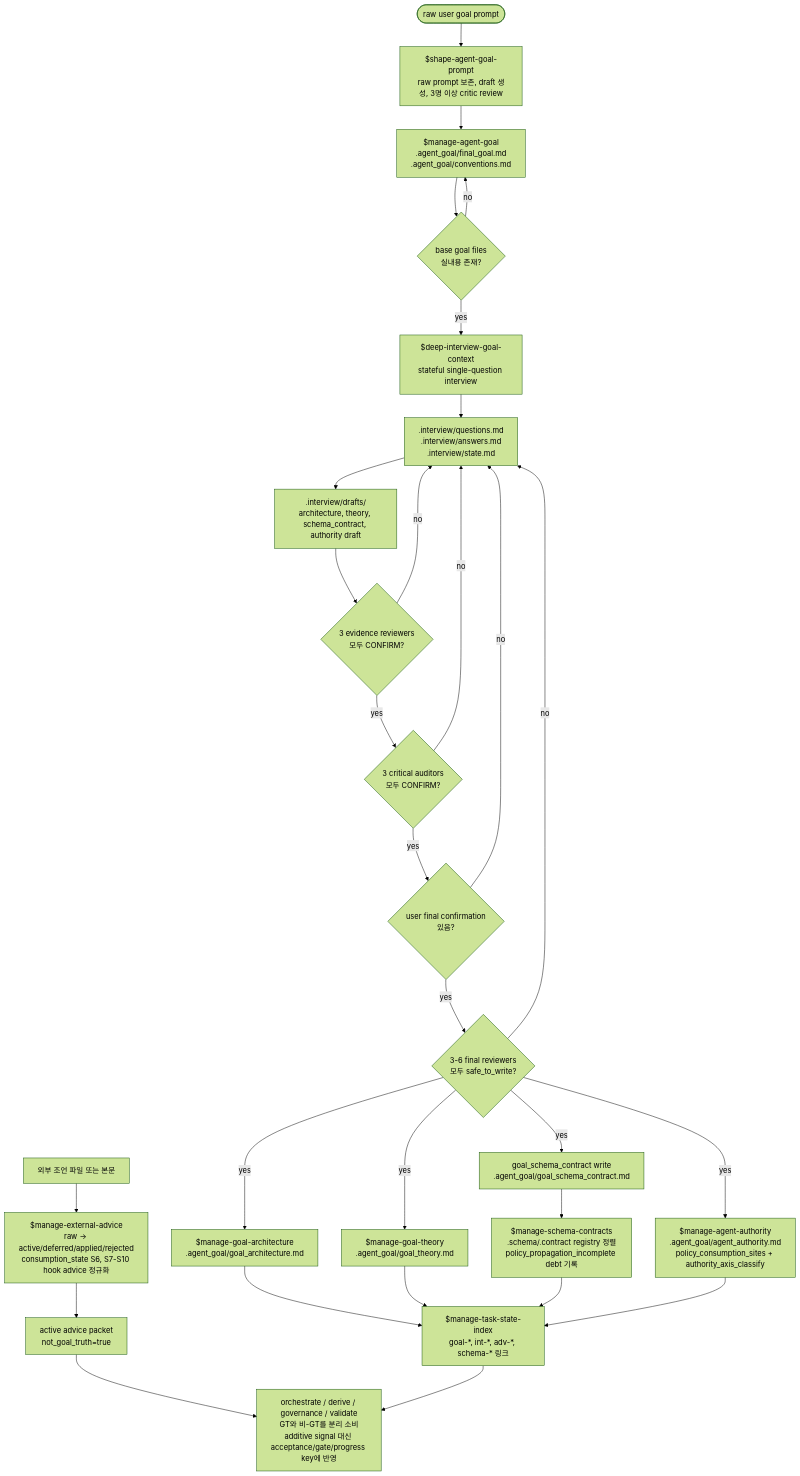
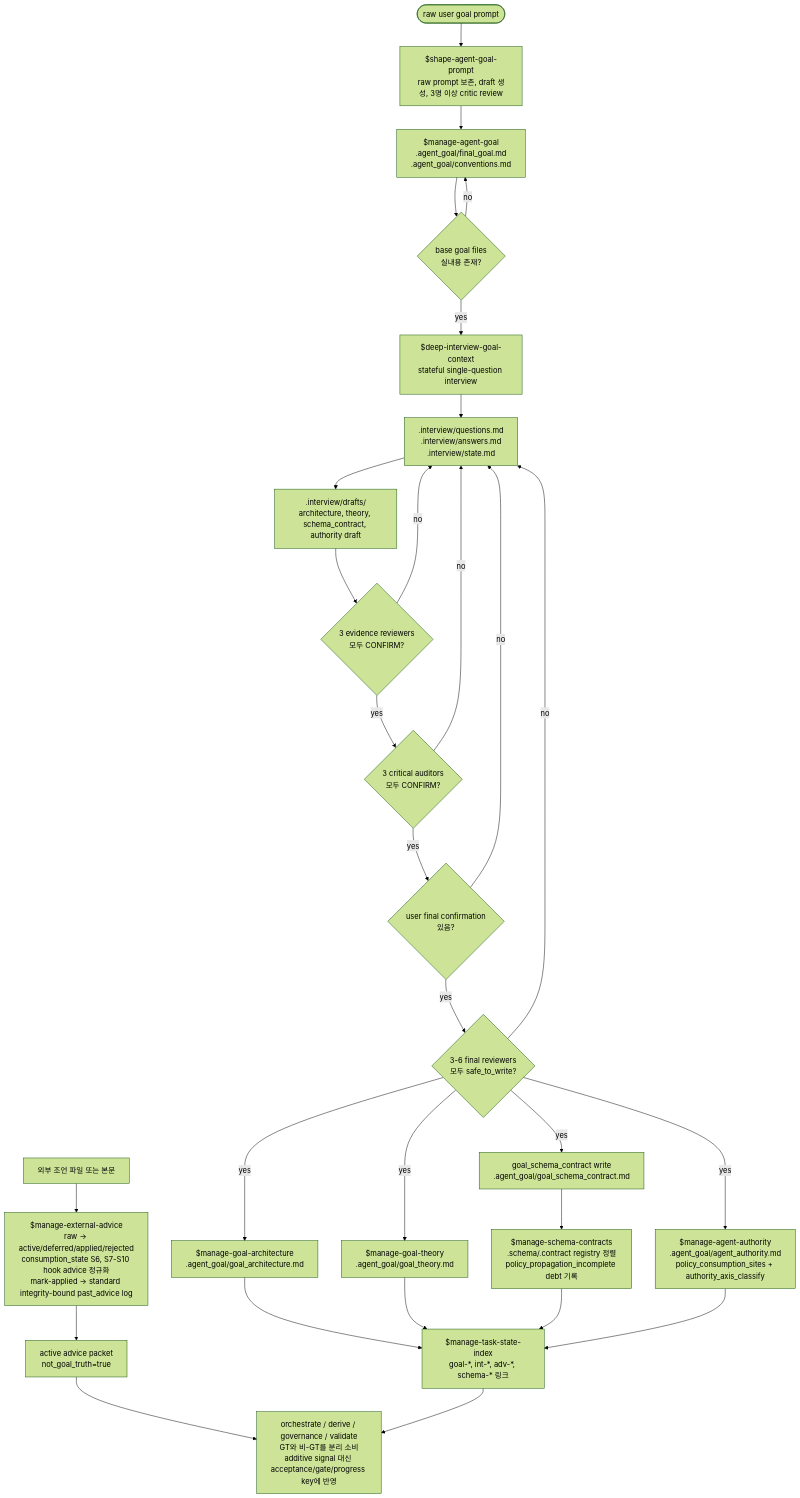
Before and after one commit to sw1029/workflow_swfool: the second of 8 diagrams in README.md, drawn with Mermaid (forest theme). The commit also changed other lines of this file and 59 other files, not shown here.

````diff
--- a/README.md
+++ b/README.md
@@ -87,42 +91,42 @@
 ```mermaid
 flowchart TD
   RawPrompt([raw user goal prompt])
   Shape["$shape-agent-goal-prompt<br/>raw prompt 보존, draft 생성, 3명 이상 critic review"]
   Goal["$manage-agent-goal<br/>.agent_goal/final_goal.md<br/>.agent_goal/conventions.md"]
   DeepGate{"base goal files<br/>실내용 존재?"}
   Deep["$deep-interview-goal-context<br/>stateful single-question interview"]
   Questions[".interview/questions.md<br/>.interview/answers.md<br/>.interview/state.md"]
   Drafts[".interview/drafts/<br/>architecture, theory, schema_contract, authority draft"]
   EvidenceReview{"3 evidence reviewers<br/>모두 CONFIRM?"}
   AuditReview{"3 critical auditors<br/>모두 CONFIRM?"}
   UserConfirm{"user final confirmation<br/>있음?"}
   FinalReview{"3-6 final reviewers<br/>모두 safe_to_write?"}
   Architecture["$manage-goal-architecture<br/>.agent_goal/goal_architecture.md"]
   Theory["$manage-goal-theory<br/>.agent_goal/goal_theory.md"]
   SchemaGoal["goal_schema_contract write<br/>.agent_goal/goal_schema_contract.md"]
   Authority["$manage-agent-authority<br/>.agent_goal/agent_authority.md<br/>policy_consumption_sites + authority_axis_classify"]
   SchemaRegistry["$manage-schema-contracts<br/>.schema/.contract registry 정렬<br/>policy_propagation_incomplete debt 기록"]
   AdviceIn["외부 조언 파일 또는 본문"]
-  Advice["$manage-external-advice<br/>raw -> active/deferred/applied/rejected<br/>consumption_state S6, S7-S10 hook advice 정규화"]
+  Advice["$manage-external-advice<br/>raw -> active/deferred/applied/rejected<br/>consumption_state S6, S7-S10 hook advice 정규화<br/>mark-applied -> standard integrity-bound past_advice log"]
   AdvicePacket["active advice packet<br/>not_goal_truth=true"]
   Index["$manage-task-state-index<br/>goal-*, int-*, adv-*, schema-* 링크"]
   Consumers["orchestrate / derive / governance / validate<br/>GT와 비-GT를 분리 소비<br/>additive signal 대신 acceptance/gate/progress key에 반영"]
 
   RawPrompt --> Shape --> Goal
   Goal --> DeepGate
   DeepGate -- no --> Goal
   DeepGate -- yes --> Deep --> Questions --> Drafts --> EvidenceReview
   EvidenceReview -- no --> Questions
   EvidenceReview -- yes --> AuditReview
   AuditReview -- no --> Questions
   AuditReview -- yes --> UserConfirm
   UserConfirm -- no --> Questions
   UserConfirm -- yes --> FinalReview
   FinalReview -- no --> Questions
   FinalReview -- yes --> Architecture --> Index
   FinalReview -- yes --> Theory --> Index
   FinalReview -- yes --> SchemaGoal --> SchemaRegistry --> Index
   FinalReview -- yes --> Authority --> Index
   AdviceIn --> Advice --> AdvicePacket --> Consumers
   Index --> Consumers
 ```
````
